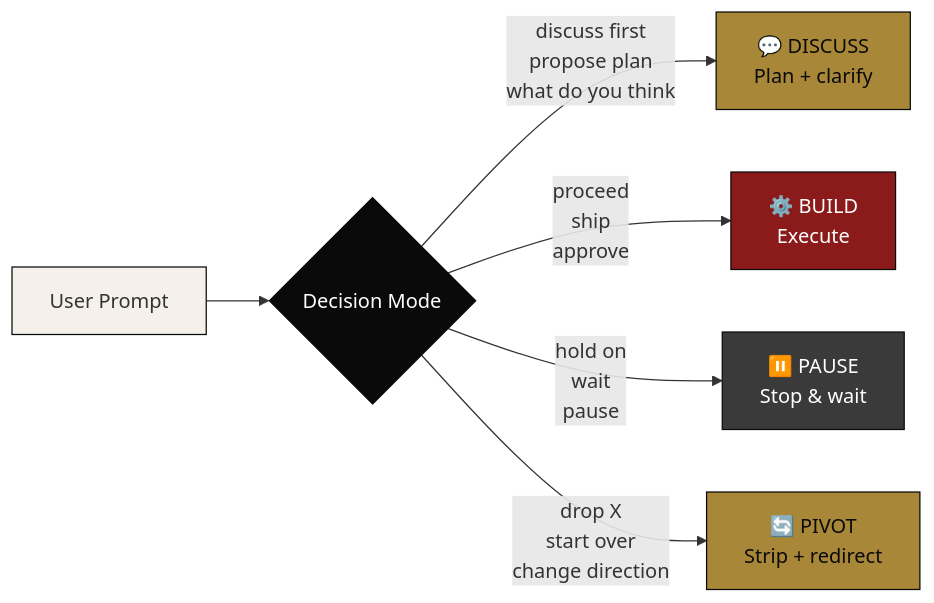
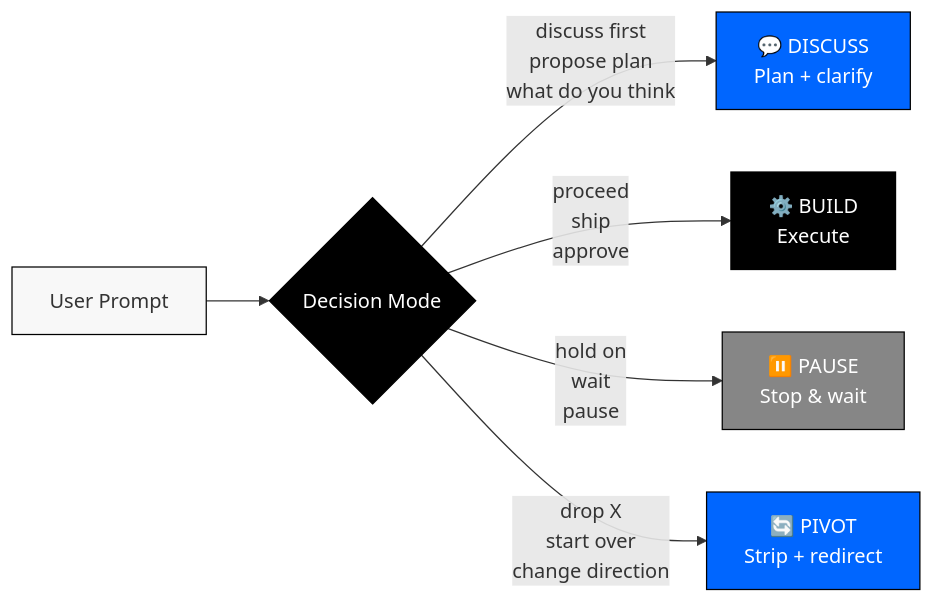
One commit to Ijam18/MAJI-Skills changed the fourth of 6 diagrams in README.md. Above: the diagram before and after it, drawn with Mermaid. The commit also changed other lines of this file and 6 other files, not shown here.

````diff
--- a/README.md
+++ b/README.md
@@ -274,15 +275,15 @@
 ```mermaid
 flowchart LR
     P[User Prompt] --> M{Decision Mode}
     M -->|"discuss first<br/>propose plan<br/>what do you think"| D[💬 DISCUSS<br/>Plan + clarify]
     M -->|"proceed<br/>ship<br/>approve"| B[⚙️ BUILD<br/>Execute]
     M -->|"hold on<br/>wait<br/>pause"| P2[⏸️ PAUSE<br/>Stop & wait]
     M -->|"drop X<br/>start over<br/>change direction"| PV[🔄 PIVOT<br/>Strip + redirect]
 
-    style P fill:#F5F1EA,stroke:#0A0A0A
-    style M fill:#0A0A0A,stroke:#0A0A0A,color:#FFFFFF
-    style D fill:#A88838,stroke:#0A0A0A,color:#0A0A0A
-    style B fill:#8B1A1A,stroke:#0A0A0A,color:#FFFFFF
-    style P2 fill:#3A3A3A,stroke:#0A0A0A,color:#FFFFFF
-    style PV fill:#A88838,stroke:#0A0A0A,color:#0A0A0A
+    style P fill:#F8F8F8,stroke:#000000
+    style M fill:#000000,stroke:#000000,color:#FFFFFF
+    style D fill:#0066FF,stroke:#000000,color:#FFFFFF
+    style B fill:#000000,stroke:#000000,color:#FFFFFF
+    style P2 fill:#868686,stroke:#000000,color:#FFFFFF
+    style PV fill:#0066FF,stroke:#000000,color:#FFFFFF
 ```
````
